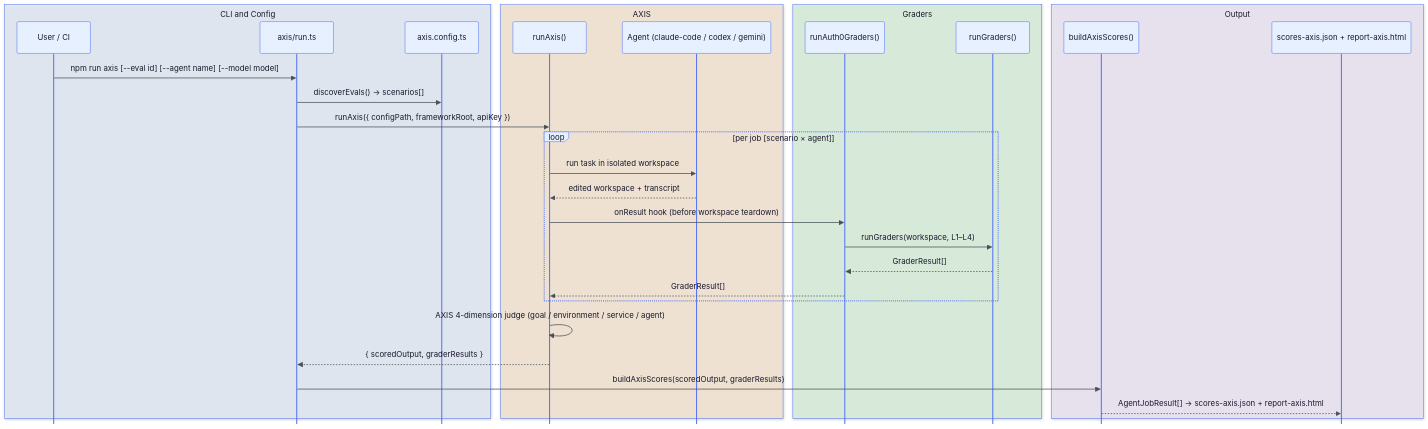
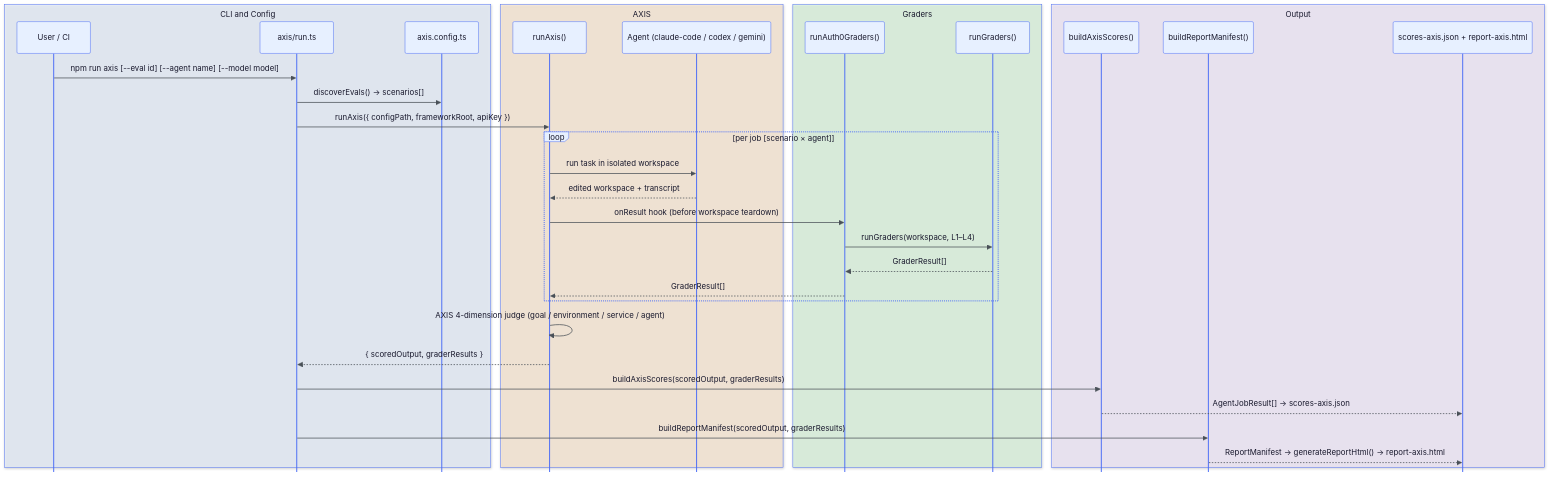
The third of 3 diagrams in docs/ARCHITECTURE.md (auth0/auth0-evals), drawn with Mermaid before and after one commit. The commit also changed other lines of this file, not shown here.

Commit message:
docs(axis): update ARCHITECTURE.md for buildReportManifest

````diff
--- a/docs/ARCHITECTURE.md
+++ b/docs/ARCHITECTURE.md
@@ -231,44 +231,47 @@
 ```mermaid
 %%{init: {'theme':'base', 'mirrorActors': false, 'themeVariables': {
   'primaryColor':'#E7F0FF','primaryBorderColor':'#4C6EF5','primaryTextColor':'#1A1A2E',
   'actorBkg':'#E7F0FF','actorBorder':'#4C6EF5','actorTextColor':'#1A1A2E',
   'signalColor':'#495057','signalTextColor':'#1A1A2E','noteBkgColor':'#FFF9DB','noteBorderColor':'#F08C00',
   'fontFamily':'ui-sans-serif, system-ui, sans-serif'
 }}}%%
 sequenceDiagram
     box rgba(231,240,255,0.6) CLI and Config
         participant U as User / CI
         participant Run as axis/run.ts
         participant Config as axis.config.ts
     end
     box rgba(255,232,204,0.55) AXIS
         participant Axis as runAxis()
         participant Agent as Agent (claude-code / codex / gemini)
     end
     box rgba(211,249,216,0.5) Graders
         participant Hook as runAuth0Graders()
         participant GE as runGraders()
     end
     box rgba(243,232,255,0.55) Output
         participant Build as buildAxisScores()
+        participant Manifest as buildReportManifest()
         participant Out as scores-axis.json + report-axis.html
     end
 
     U->>Run: npm run axis [--eval id] [--agent name] [--model model]
     Run->>Config: discoverEvals() → scenarios[]
     Run->>Axis: runAxis({ configPath, frameworkRoot, apiKey })
 
     loop per job [scenario × agent]
         Axis->>Agent: run task in isolated workspace
         Agent-->>Axis: edited workspace + transcript
         Axis->>Hook: onResult hook (before workspace teardown)
         Hook->>GE: runGraders(workspace, L1–L4)
         GE-->>Hook: GraderResult[]
         Hook-->>Axis: GraderResult[]
     end
 
     Axis->>Axis: AXIS 4-dimension judge (goal / environment / service / agent)
     Axis-->>Run: { scoredOutput, graderResults }
     Run->>Build: buildAxisScores(scoredOutput, graderResults)
-    Build-->>Out: AgentJobResult[] → scores-axis.json + report-axis.html
+    Build-->>Out: AgentJobResult[] → scores-axis.json
+    Run->>Manifest: buildReportManifest(scoredOutput, graderResults)
+    Manifest-->>Out: ReportManifest → generateReportHtml() → report-axis.html
 ```
````
